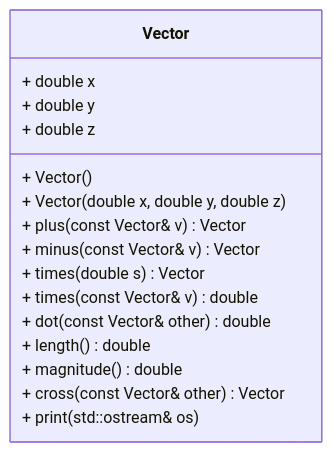
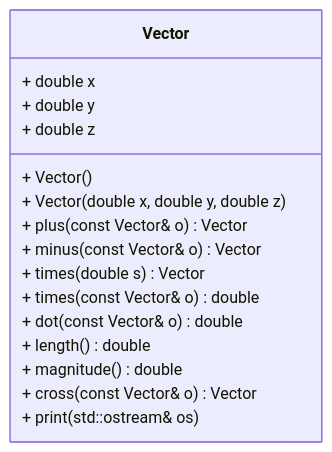
One commit to Borosnyai/cpp_oop_vector changed the diagram in README.md. Above: the diagram before and after it, drawn with Mermaid. The commit also changed other lines of this file, not shown here.

Commit message:
fixed notation for Drazen

````diff
--- a/README.md
+++ b/README.md
@@ -44,24 +44,24 @@
 ```mermaid
 classDiagram
 
 class Vector {
   + double x
   + double y
   + double z
 
   + Vector()
   + Vector(double x, double y, double z)
 
-  + plus(const Vector& v) Vector
-  + minus(const Vector& v) Vector
+  + plus(const Vector& o) Vector
+  + minus(const Vector& o) Vector
   + times(double s) Vector
-  + times(const Vector& v) double
+  + times(const Vector& o) double
 
-  + dot(const Vector& other) double
+  + dot(const Vector& o) double
   + length() double
   + magnitude() double
-  + cross(const Vector& other) Vector
+  + cross(const Vector& o) Vector
 
   + print(std::ostream& os)
 }
 ```
````
